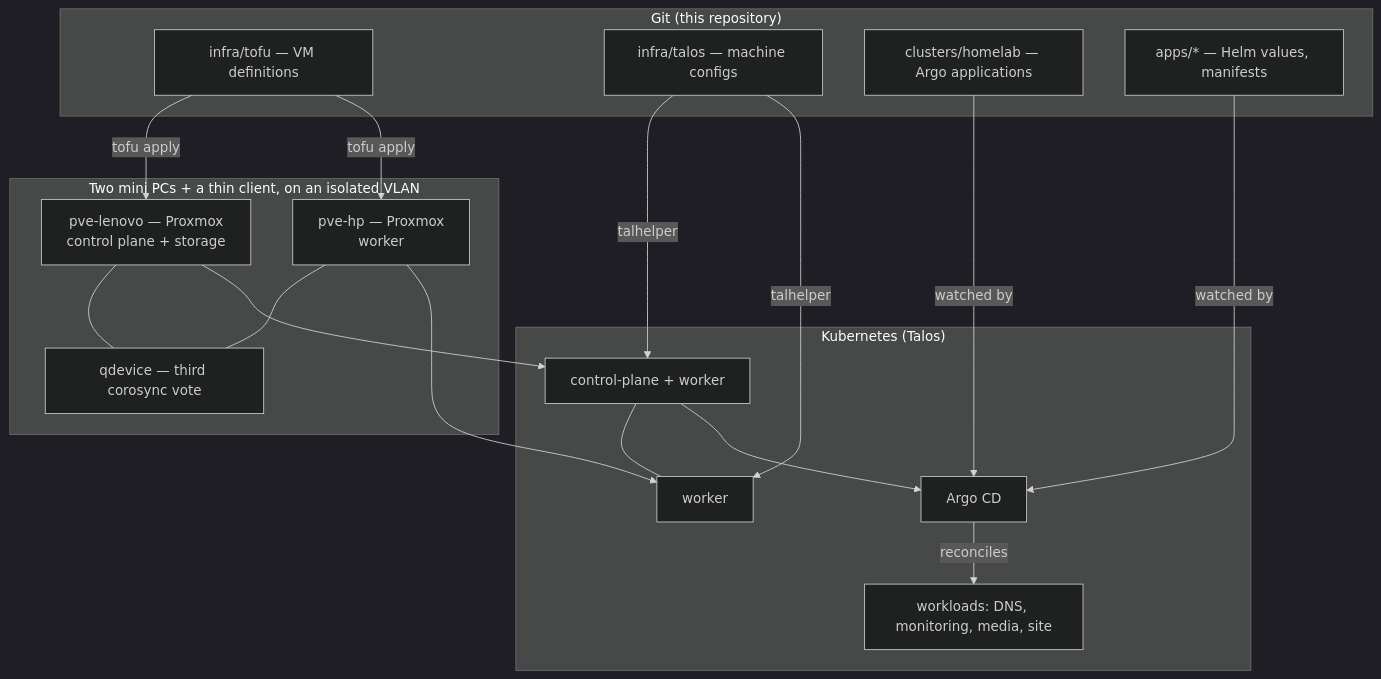
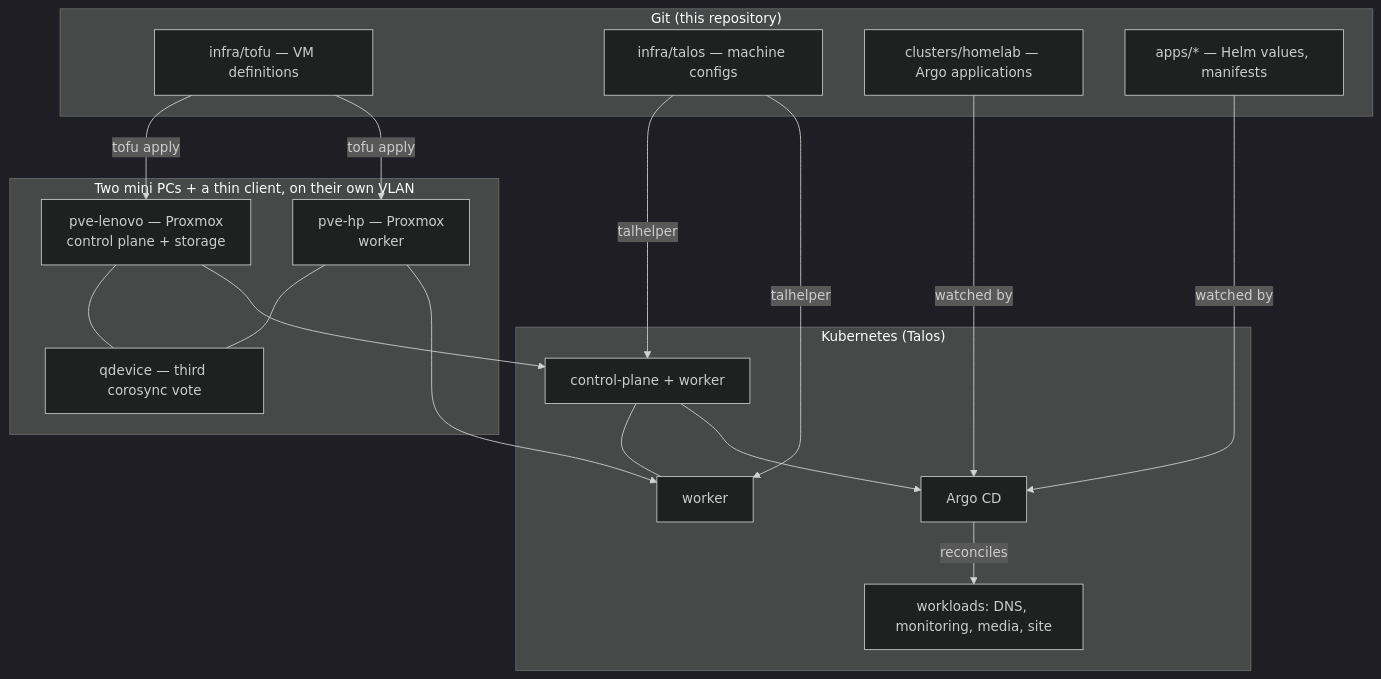
The diagram in README.md (joshuavankempen/homelab-platform), drawn with Mermaid (dark theme) before and after one commit. The commit also changed other lines of this file and 5 other files, not shown here.

````diff
--- a/README.md
+++ b/README.md
@@ -44,36 +44,36 @@
 ```mermaid
 graph TD
     subgraph GIT["Git (this repository)"]
         TOFU["infra/tofu — VM definitions"]
         TALOS["infra/talos — machine configs"]
         CLUSTER["clusters/homelab — Argo applications"]
         APPS["apps/* — Helm values, manifests"]
     end
 
-    subgraph HW["Two mini PCs + a thin client, on an isolated VLAN"]
+    subgraph HW["Two mini PCs + a thin client, on their own VLAN"]
         PVE1["pve-lenovo — Proxmox<br/>control plane + storage"]
         PVE2["pve-hp — Proxmox<br/>worker"]
         QD["qdevice — third corosync vote"]
     end
 
     subgraph K8S["Kubernetes (Talos)"]
         CP["control-plane + worker"]
         W["worker"]
         ARGO["Argo CD"]
         WL["workloads: DNS, monitoring, media, site"]
     end
 
     TOFU -->|tofu apply| PVE1
     TOFU -->|tofu apply| PVE2
     TALOS -->|talhelper| CP
     TALOS -->|talhelper| W
     PVE1 --- QD
     PVE2 --- QD
     PVE1 --> CP
     PVE2 --> W
     CP --- W
     CLUSTER -->|watched by| ARGO
     APPS -->|watched by| ARGO
     ARGO -->|reconciles| WL
     CP --> ARGO
 ```
````
